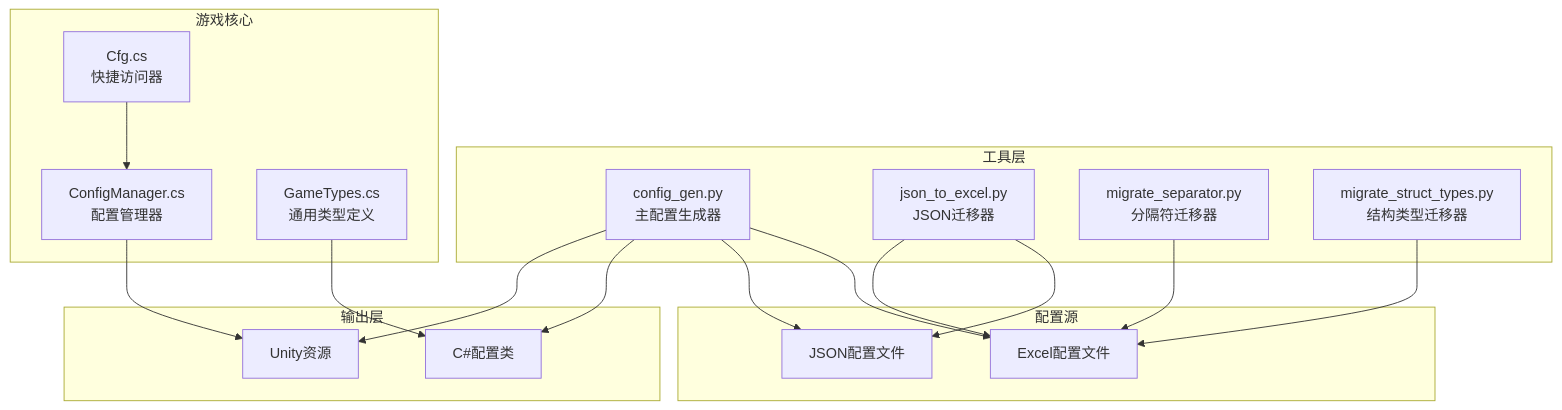
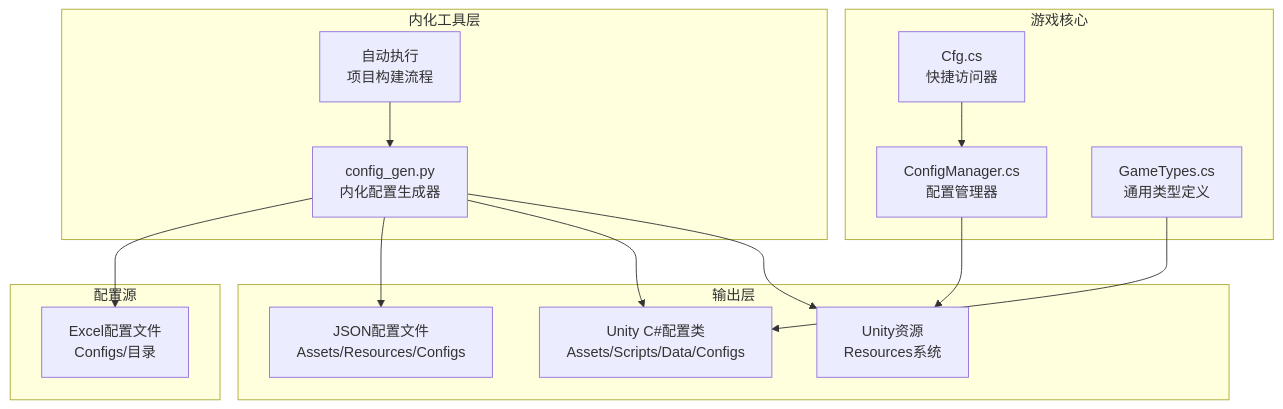
One commit to Tuusen/p1_client changed the first of 10 diagrams in .qoder/repowiki/zh/content/核心架构/数据生成工具.md. Above: the diagram before and after it, drawn with Mermaid. The commit also changed other lines of this file and 29 other files, not shown here.

````diff
--- a/.qoder/repowiki/zh/content/核心架构/数据生成工具.md
+++ b/.qoder/repowiki/zh/content/核心架构/数据生成工具.md
@@ -40,33 +44,28 @@
 ```mermaid
 graph TB
-subgraph "工具层"
-CG[config_gen.py<br/>主配置生成器]
-MJ[json_to_excel.py<br/>JSON迁移器]
-MS[migrate_separator.py<br/>分隔符迁移器]
-MT[migrate_struct_types.py<br/>结构类型迁移器]
+subgraph "内化工具层"
+CG[config_gen.py<br/>内化配置生成器]
+END[自动执行<br/>项目构建流程]
 end
 subgraph "配置源"
-XLSX[Excel配置文件]
-JSON[JSON配置文件]
+XLSX[Excel配置文件<br/>Configs/目录]
 end
 subgraph "输出层"
-CS[C#配置类]
-RES[Unity资源]
+JSON[JSON配置文件<br/>Assets/Resources/Configs]
+CS[Unity C#配置类<br/>Assets/Scripts/Data/Configs]
+RES[Unity资源<br/>Resources系统]
 end
 subgraph "游戏核心"
 CM[ConfigManager.cs<br/>配置管理器]
 CFG[Cfg.cs<br/>快捷访问器]
 GT[GameTypes.cs<br/>通用类型定义]
 end
 CG --> XLSX
 CG --> JSON
-MJ --> JSON
-MJ --> XLSX
-MS --> XLSX
-MT --> XLSX
 CG --> CS
 CG --> RES
+END --> CG
 CM --> RES
 CFG --> CM
 GT --> CS
 ```
````
